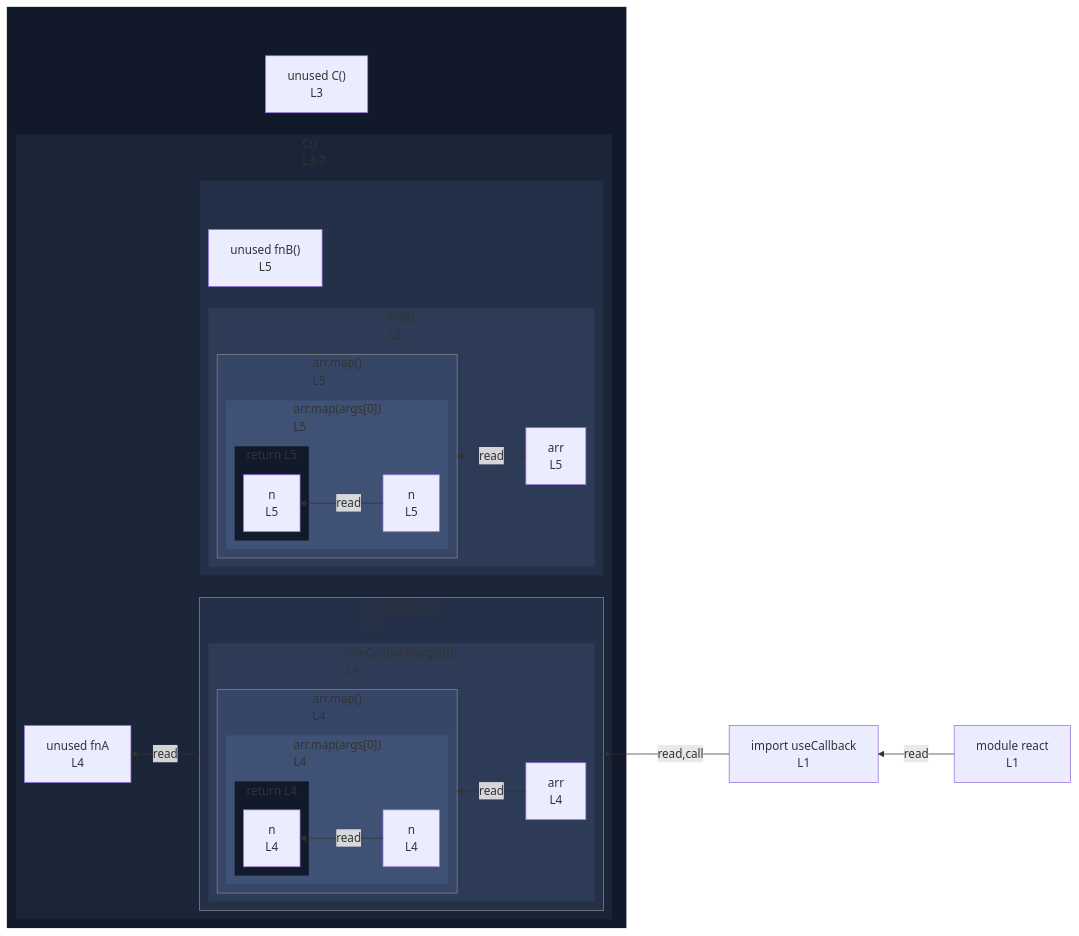
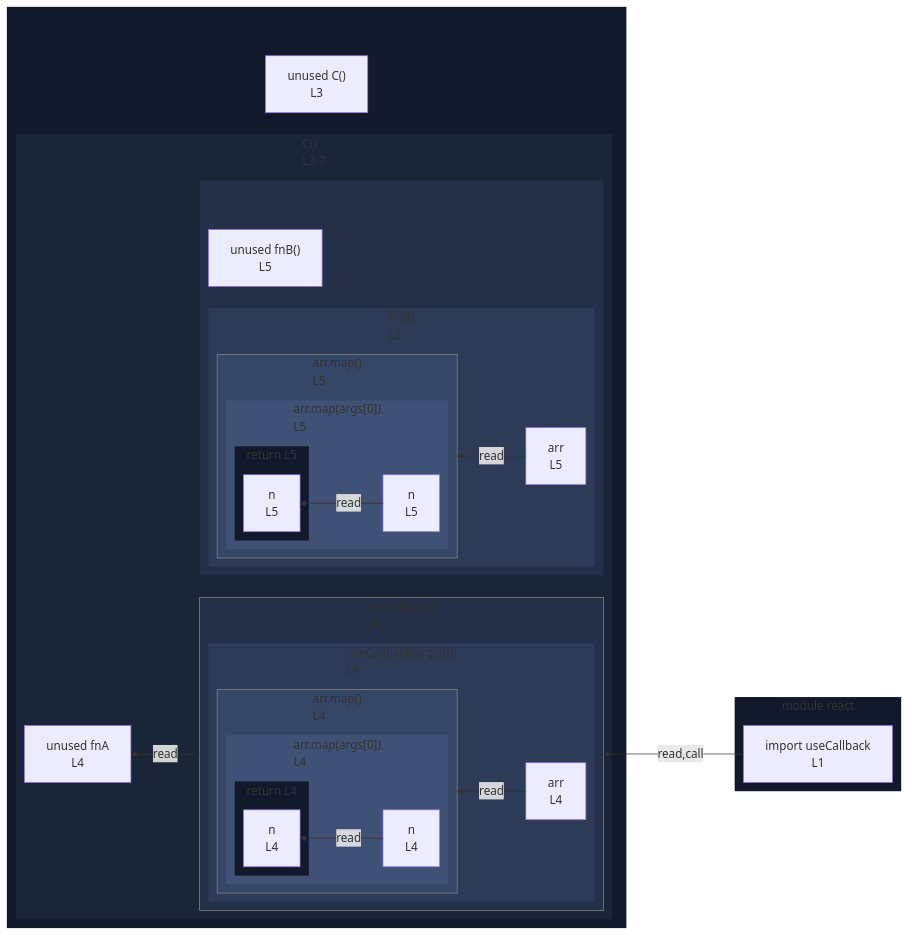
One commit to crescware/unsnarl changed the diagram in integration/fixtures/jsx/use-callback/preview.md. Above: the diagram before and after it, drawn with Mermaid. The commit also changed 153 other files, not shown here.

First line of the commit message:
Render import sources as module subgraphs instead of module nodes

````diff
--- a/integration/fixtures/jsx/use-callback/preview.md
+++ b/integration/fixtures/jsx/use-callback/preview.md
@@ -17,80 +17,82 @@
 ```mermaid
 %%{init: {"flowchart": {"defaultRenderer": "elk"}}}%%
 flowchart RL
-  n_scope_0_useCallback_9["import useCallback<br/>L1"]
   subgraph wrap_s_scope_1[" "]
     direction TB
     n_scope_0_C_44["unused C()<br/>L3"]
     subgraph s_scope_1["C()<br/>L3-7"]
       direction RL
       n_scope_1_fnA_64["unused fnA<br/>L4"]
       subgraph call_proxy_70["useCallback()<br/>L4"]
         direction RL
         subgraph s_scope_2["useCallback(args[0])<br/>L4"]
           direction RL
           n_scope_2_arr_83["arr<br/>L4"]
           subgraph call_proxy_101["arr.map()<br/>L4"]
             direction RL
             subgraph s_scope_3["arr.map(args[0])<br/>L4"]
               direction RL
               n_scope_3_n_110["n<br/>L4"]
               subgraph s_return_scope_0_C_44_116_121["return L4"]
                 direction RL
                 ret_use_ref_4["n<br/>L4"]
               end
             end
           end
         end
       end
       subgraph wrap_s_scope_4[" "]
         direction TB
         n_scope_1_fnB_137["unused fnB()<br/>L5"]
         subgraph s_scope_4["fnB()<br/>L5"]
           direction RL
           n_scope_4_arr_144["arr<br/>L5"]
           subgraph call_proxy_162["arr.map()<br/>L5"]
             direction RL
             subgraph s_scope_5["arr.map(args[0])<br/>L5"]
               direction RL
               n_scope_5_n_171["n<br/>L5"]
               subgraph s_return_scope_1_fnB_137_177_182["return L5"]
                 direction RL
                 ret_use_ref_7["n<br/>L5"]
               end
             end
           end
         end
       end
     end
   end
+  subgraph sg_react["module react"]
+    direction RL
+    n_scope_0_useCallback_9["import useCallback<br/>L1"]
+  end
   call_proxy_70 -->|read| n_scope_1_fnA_64
   n_scope_0_useCallback_9 -->|read,call| call_proxy_70
   n_scope_2_arr_83 -->|read| call_proxy_101
   n_scope_3_n_110 -->|read| ret_use_ref_4
   n_scope_4_arr_144 -->|read| call_proxy_162
   n_scope_5_n_171 -->|read| ret_use_ref_7
-  mod_react["module react<br/>L1"]
-  mod_react -->|read| n_scope_0_useCallback_9
   classDef nestL1 fill:#11192a,stroke:transparent;
   class wrap_s_scope_1 nestL1;
   class s_return_scope_0_C_44_116_121 nestL1;
   class s_return_scope_1_fnB_137_177_182 nestL1;
+  class sg_react nestL1;
   classDef nestL2 fill:#1a2538,stroke:transparent;
   class s_scope_1 nestL2;
   classDef nestL3 fill:#243047,stroke:transparent;
   class call_proxy_70 nestL3;
   class wrap_s_scope_4 nestL3;
   classDef nestL4 fill:#2d3b57,stroke:transparent;
   class s_scope_2 nestL4;
   class s_scope_4 nestL4;
   classDef nestL5 fill:#364666,stroke:transparent;
   class call_proxy_101 nestL5;
   class call_proxy_162 nestL5;
   classDef nestL6 fill:#3f5175,stroke:transparent;
   class s_scope_3 nestL6;
   class s_scope_5 nestL6;
   classDef edgeTargetSubgraph stroke:#888;
   class call_proxy_70 edgeTargetSubgraph;
   class call_proxy_101 edgeTargetSubgraph;
   class call_proxy_162 edgeTargetSubgraph;
 ```
````
